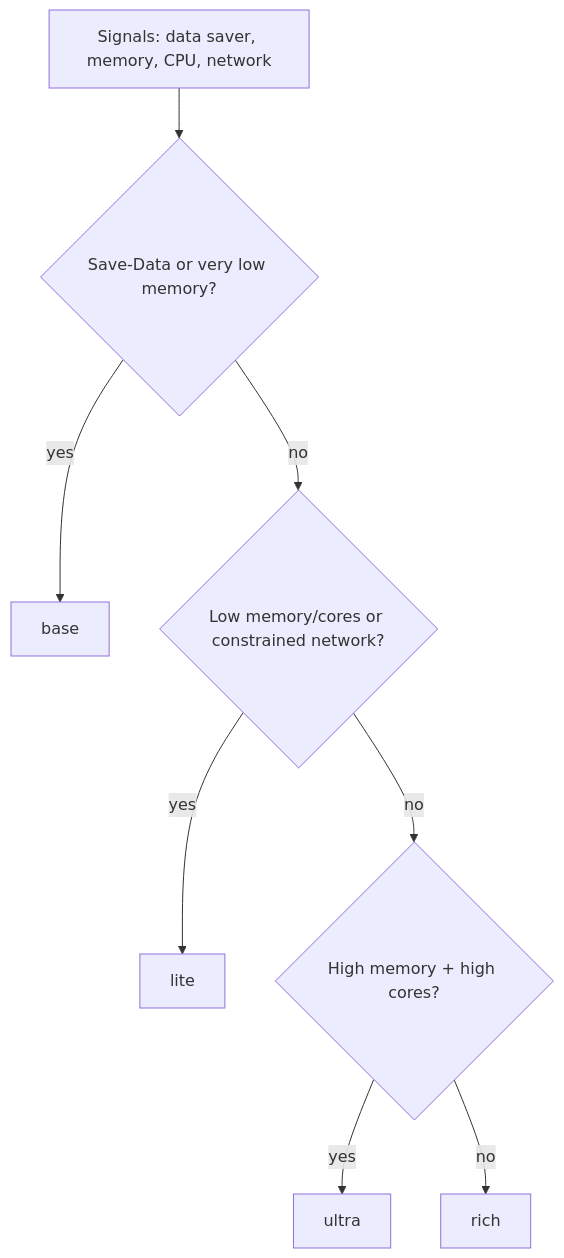
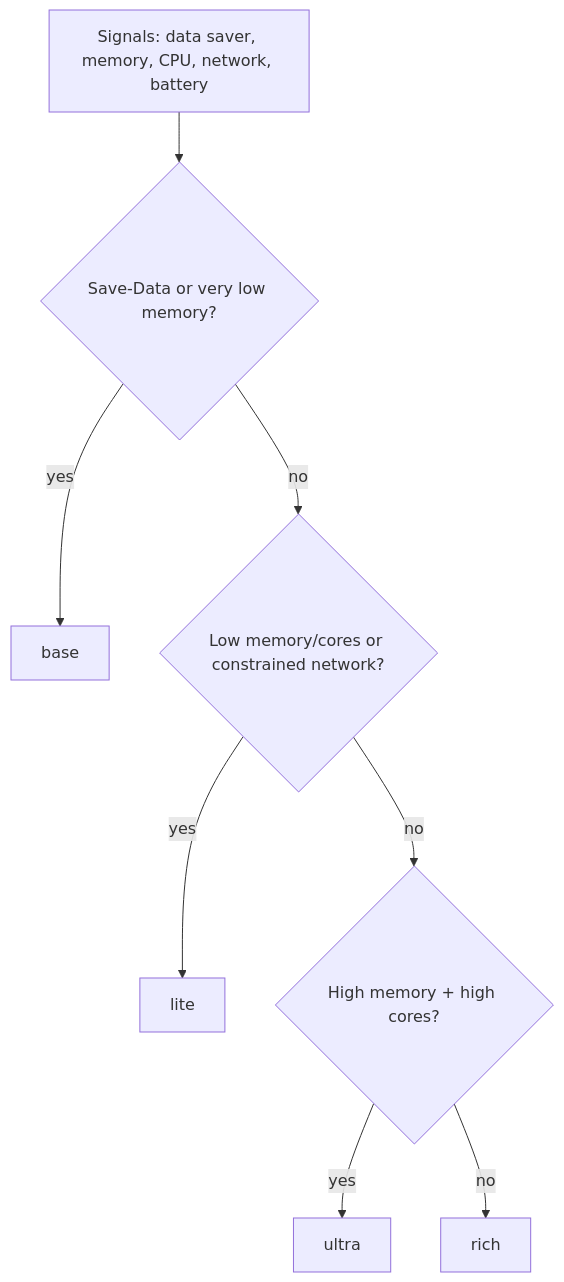
The first of 2 diagrams in README.md (shiftbloom-studio/birthday-cake-loading), drawn with Mermaid before and after one commit. The commit also changed other lines of this file, not shown here.

Commit message:
docs: note the low-battery tier step-down in the README

````diff
--- a/README.md
+++ b/README.md
@@ -148,10 +148,10 @@
 ```mermaid
 flowchart TD
-  A[Signals: data saver, memory, CPU, network] --> B{Save-Data or very low memory?}
+  A[Signals: data saver, memory, CPU, network, battery] --> B{Save-Data or very low memory?}
   B -- yes --> C[base]
   B -- no --> D{Low memory/cores or constrained network?}
   D -- yes --> E[lite]
   D -- no --> F{High memory + high cores?}
   F -- yes --> G[ultra]
   F -- no --> H[rich]
 ```
````
